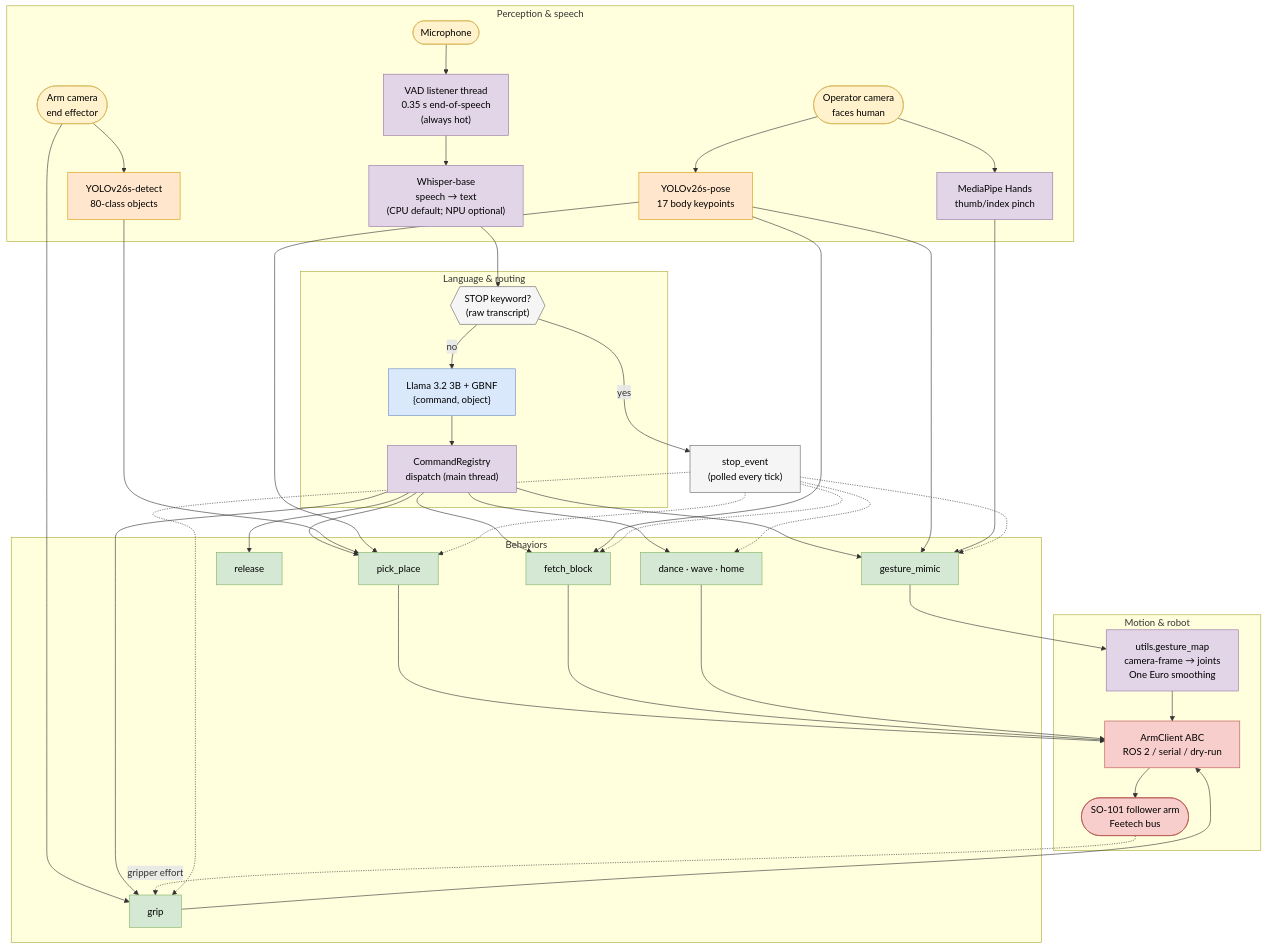
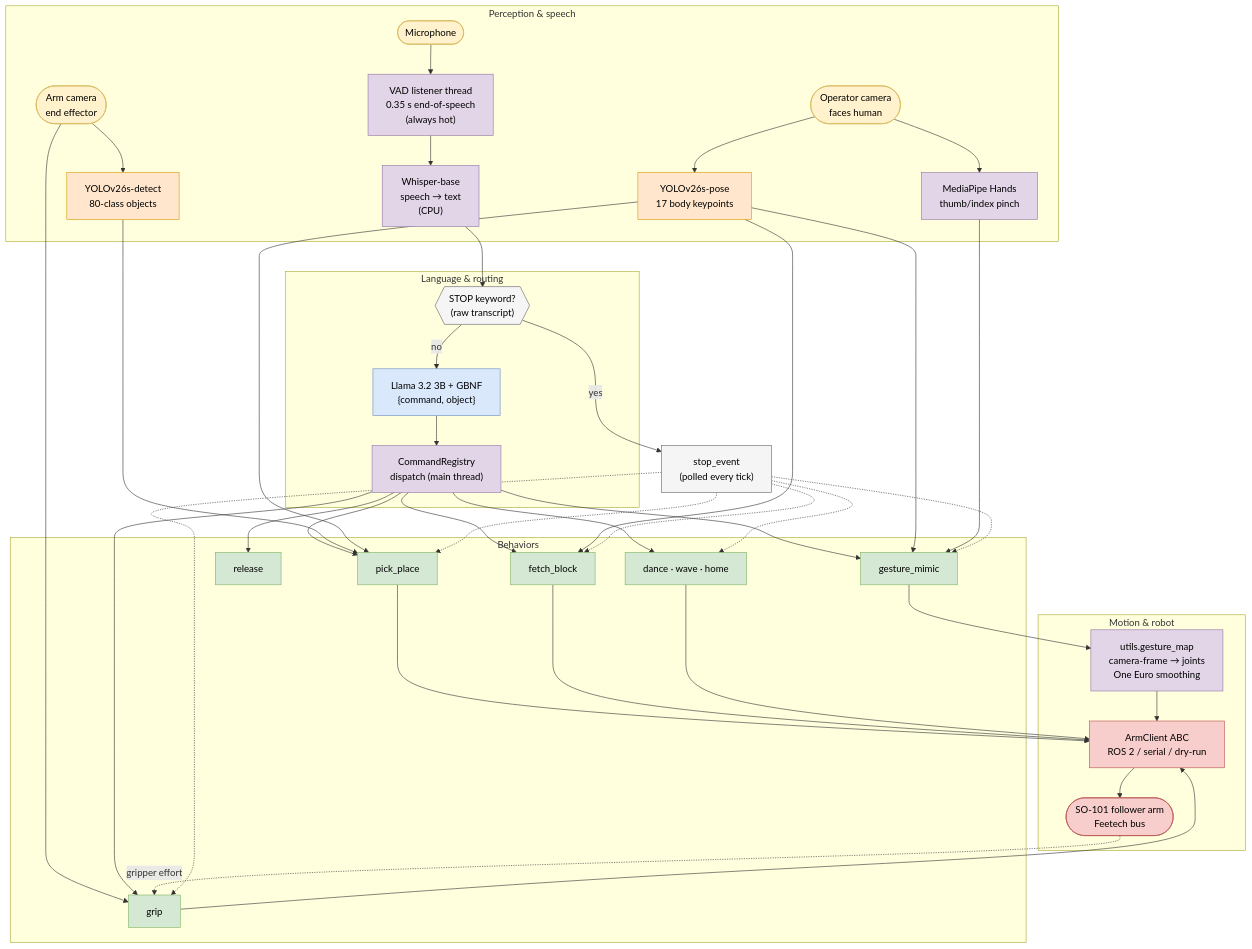
One commit to ThomasGmeinder/embedded-x86-ai changed the first of 3 diagrams in workshops/vvla-pipeline/README.md. Above: the diagram before and after it, drawn with Mermaid. The commit also changed other lines of this file and 7 other files, not shown here.

First line of the commit message:
Keep Whisper on the CPU and open YOLO-pose before YOLO-detect.

````diff
--- a/workshops/vvla-pipeline/README.md
+++ b/workshops/vvla-pipeline/README.md
@@ -12,72 +12,72 @@
 ```mermaid
 flowchart TB
     subgraph SENSE["Perception &amp; speech"]
         MIC([Microphone]):::io
         OPERATORCAM([Operator camera<br/>faces human]):::io
         ARMCAM([Arm camera<br/>end effector]):::io
 
         VAD["VAD listener thread<br/>0.35 s end-of-speech<br/>(always hot)"]:::cpu
-        WHISPER["Whisper-base<br/>speech → text<br/>(CPU default; NPU optional)"]:::cpu
+        WHISPER["Whisper-base<br/>speech → text<br/>(CPU)"]:::cpu
         POSE["YOLOv26s-pose<br/>17 body keypoints"]:::npu
         DETECT["YOLOv26s-detect<br/>80-class objects"]:::npu
         HANDS["MediaPipe Hands<br/>thumb/index pinch"]:::cpu
     end
 
     subgraph THINK["Language &amp; routing"]
         STOPCHK{{"STOP keyword?<br/>(raw transcript)"}}:::gate
         LLAMA["Llama 3.2 3B + GBNF<br/>{command, object}"]:::gpu
         REG["CommandRegistry<br/>dispatch (main thread)"]:::cpu
     end
 
     subgraph ACT["Behaviors"]
         MIMIC["gesture_mimic"]:::beh
         PICK["pick_place"]:::beh
         FETCH["fetch_block"]:::beh
         GRIP["grip"]:::beh
         RELEASE["release"]:::beh
         OTHER["dance · wave · home"]:::beh
     end
 
     subgraph MOVE["Motion &amp; robot"]
         RETARGET["utils.gesture_map<br/>camera-frame → joints<br/>One Euro smoothing"]:::cpu
         ARMCLIENT["ArmClient ABC<br/>ROS 2 / serial / dry-run"]:::robot
         ARM([SO-101 follower arm<br/>Feetech bus]):::robot
     end
 
     STOPEVENT["stop_event<br/>(polled every tick)"]:::gate
 
     MIC --> VAD --> WHISPER --> STOPCHK
     STOPCHK -- "no" --> LLAMA --> REG
     STOPCHK -- "yes" --> STOPEVENT
 
     OPERATORCAM --> POSE
     OPERATORCAM --> HANDS
     ARMCAM --> DETECT
     ARMCAM --> GRIP
 
     REG --> MIMIC & PICK & FETCH & GRIP & RELEASE & OTHER
 
     POSE --> MIMIC
     HANDS --> MIMIC
     DETECT --> PICK
     POSE --> PICK
     POSE --> FETCH
 
     MIMIC --> RETARGET --> ARMCLIENT
     PICK --> ARMCLIENT
     FETCH --> ARMCLIENT
     GRIP --> ARMCLIENT
     OTHER --> ARMCLIENT
     ARMCLIENT --> ARM
     ARM -. "gripper effort" .-> GRIP
 
     STOPEVENT -.-> MIMIC & PICK & FETCH & GRIP & OTHER
 
     classDef npu fill:#ffe6cc,stroke:#d79b00,color:#000;
     classDef gpu fill:#dae8fc,stroke:#6c8ebf,color:#000;
     classDef cpu fill:#e1d5e7,stroke:#9673a6,color:#000;
     classDef beh fill:#d5e8d4,stroke:#82b366,color:#000;
     classDef robot fill:#f8cecc,stroke:#b85450,color:#000;
     classDef io fill:#fff2cc,stroke:#d6b656,color:#000;
     classDef gate fill:#f5f5f5,stroke:#666,color:#000;
 ```
````
